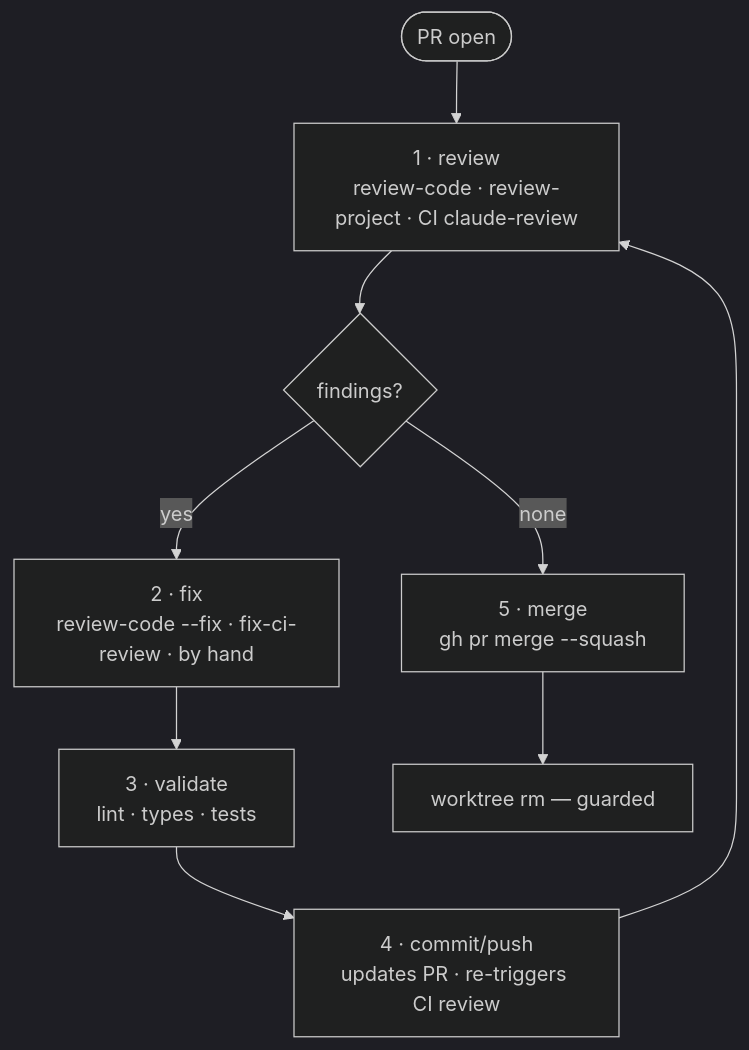
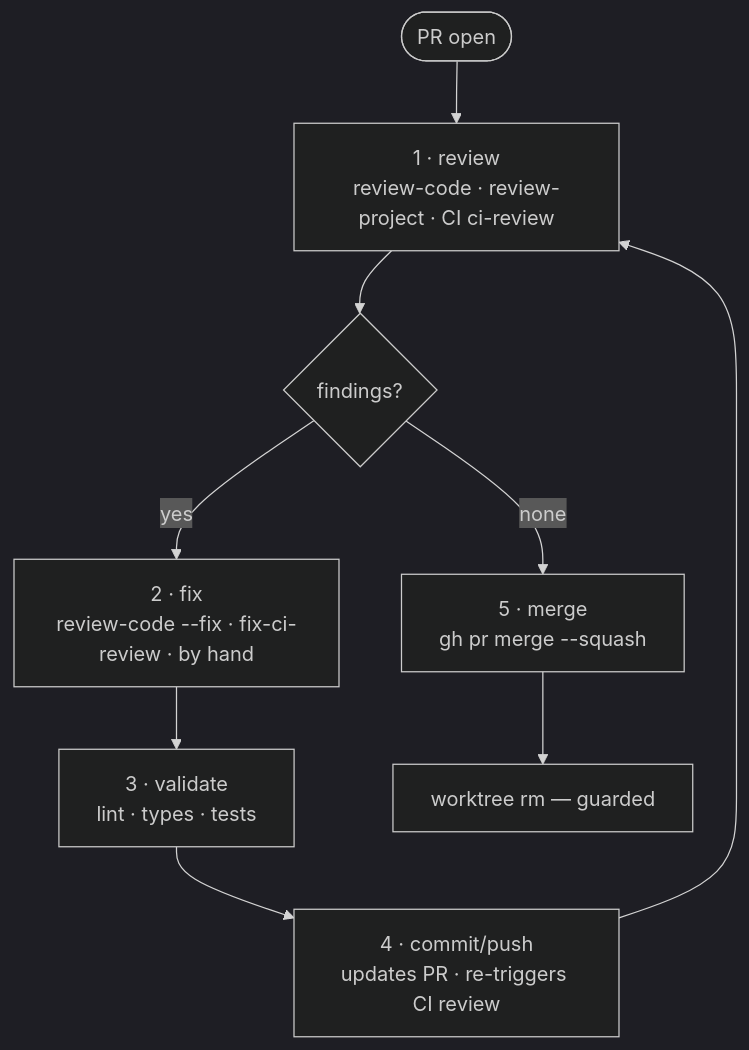
The third of 3 diagrams in references/WORKFLOW.md (meludi/compass), drawn with Mermaid (dark theme) before and after one commit. The commit also changed other lines of this file and 9 other files, not shown here.

````diff
--- a/references/WORKFLOW.md
+++ b/references/WORKFLOW.md
@@ -111,11 +111,11 @@
 ```mermaid
 flowchart TD
-  PR([PR open]) --> RV[1 · review<br/>review-code · review-project · CI claude-review]
+  PR([PR open]) --> RV[1 · review<br/>review-code · review-project · CI ci-review]
   RV --> FX{findings?}
   FX -- yes --> FIX[2 · fix<br/>review-code --fix · fix-ci-review · by hand]
   FIX --> VAL[3 · validate<br/>lint · types · tests]
   VAL --> PUB[4 · commit/push<br/>updates PR · re-triggers CI review]
   PUB --> RV
   FX -- none --> MRG[5 · merge<br/>gh pr merge --squash]
   MRG --> CLN[worktree rm — guarded]
 ```
````
